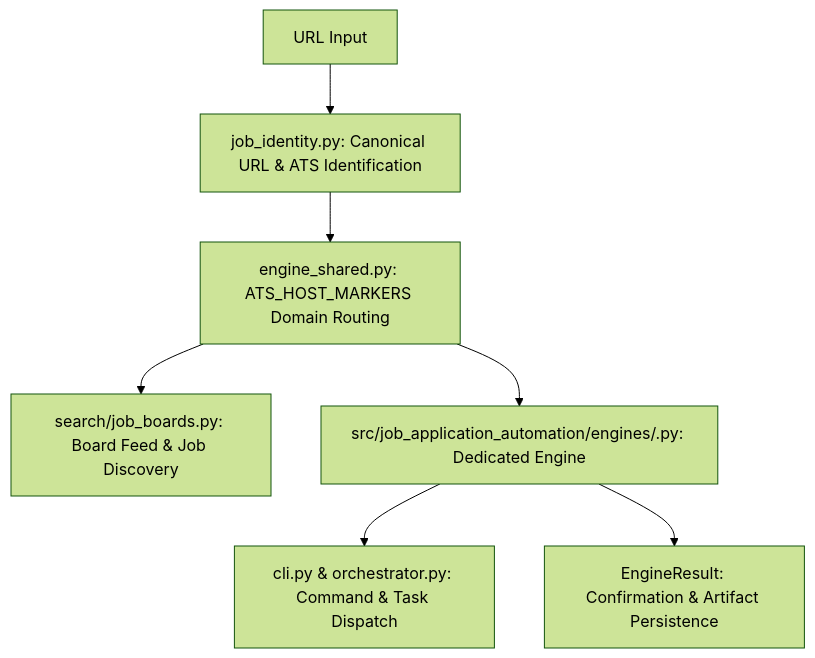
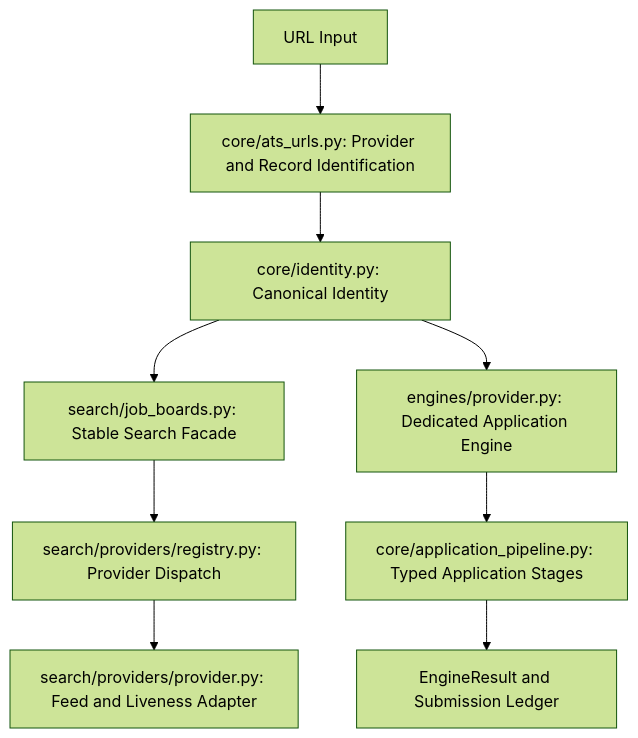
The second of 3 diagrams in docs/ATS_AUTOMATION_FEASIBILITY_AND_RICE.md (beastofbayarea/Job-App-Automation), drawn with Mermaid (forest theme) before and after one commit. The commit also changed other lines of this file and 1 other file, not shown here.

First line of the commit message:
docs(architecture): document refactored workflow boundaries

````diff
--- a/docs/ATS_AUTOMATION_FEASIBILITY_AND_RICE.md
+++ b/docs/ATS_AUTOMATION_FEASIBILITY_AND_RICE.md
@@ -61,9 +63,11 @@
 ```mermaid
 graph TD
-    A[URL Input] --> B[job_identity.py: Canonical URL & ATS Identification]
-    B --> C[engine_shared.py: ATS_HOST_MARKERS Domain Routing]
-    C --> D[search/job_boards.py: Board Feed & Job Discovery]
-    C --> E[src/job_application_automation/engines/<ats_name>.py: Dedicated Engine]
-    E --> F[cli.py & orchestrator.py: Command & Task Dispatch]
-    E --> G[EngineResult: Confirmation & Artifact Persistence]
+    A[URL Input] --> B[core/ats_urls.py: Provider and Record Identification]
+    B --> C[core/identity.py: Canonical Identity]
+    C --> D[search/job_boards.py: Stable Search Facade]
+    D --> E[search/providers/registry.py: Provider Dispatch]
+    E --> F[search/providers/provider.py: Feed and Liveness Adapter]
+    C --> G[engines/provider.py: Dedicated Application Engine]
+    G --> H[core/application_pipeline.py: Typed Application Stages]
+    H --> I[EngineResult and Submission Ledger]
 ```
````
